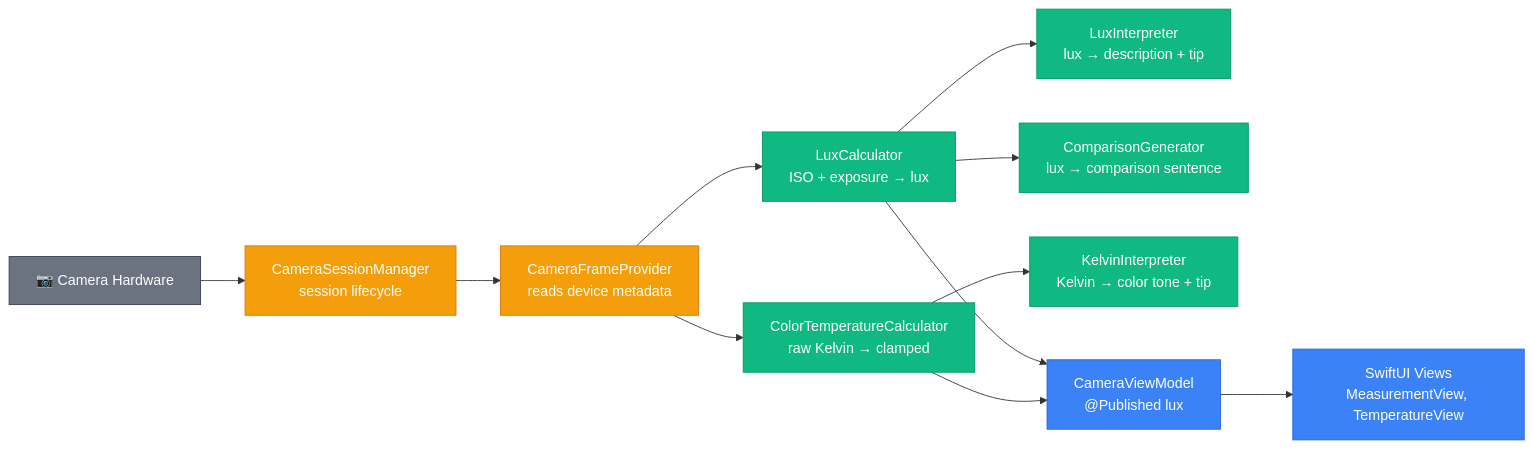
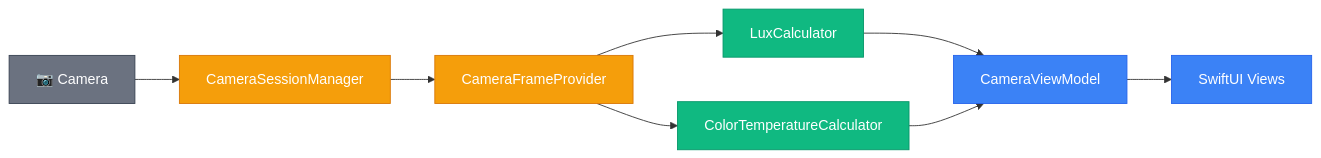
One commit to minho5889/light-meter changed the diagram in docs/developer-guide.md. Above: the diagram before and after it, drawn with Mermaid. The commit also changed other lines of this file and 4 other files, not shown here.

````diff
--- a/docs/developer-guide.md
+++ b/docs/developer-guide.md
@@ -220,29 +157,23 @@
 ```mermaid
 graph LR
-    CAM["📷 Camera Hardware"]
+    CAM["📷 Camera"]
+    CSM["CameraSessionManager"]
+    CFP["CameraFrameProvider"]
+    LC["LuxCalculator"]
+    CTC["ColorTemperatureCalculator"]
+    CVM["CameraViewModel"]
+    VIEWS["SwiftUI Views"]
 
-    CAM --> CSM["CameraSessionManager<br/>session lifecycle"]
-    CSM --> CFP["CameraFrameProvider<br/>reads device metadata"]
-
-    CFP --> LC["LuxCalculator<br/>ISO + exposure → lux"]
-    CFP --> CTC["ColorTemperatureCalculator<br/>raw Kelvin → clamped"]
-
-    LC --> LI["LuxInterpreter<br/>lux → description + tip"]
-    LC --> CG["ComparisonGenerator<br/>lux → comparison sentence"]
-    CTC --> KI["KelvinInterpreter<br/>Kelvin → color tone + tip"]
-
-    LC --> CVM["CameraViewModel<br/>@Published lux"]
-    CTC --> CVM
-    CVM --> VIEWS["SwiftUI Views<br/>MeasurementView, TemperatureView"]
+    CAM --> CSM --> CFP
+    CFP --> LC --> CVM
+    CFP --> CTC --> CVM
+    CVM --> VIEWS
 
     style CAM fill:#6b7280,stroke:#374151,color:#fff
     style CSM fill:#f59e0b,stroke:#d97706,color:#fff
     style CFP fill:#f59e0b,stroke:#d97706,color:#fff
     style LC fill:#10b981,stroke:#059669,color:#fff
     style CTC fill:#10b981,stroke:#059669,color:#fff
-    style LI fill:#10b981,stroke:#059669,color:#fff
-    style CG fill:#10b981,stroke:#059669,color:#fff
-    style KI fill:#10b981,stroke:#059669,color:#fff
     style CVM fill:#3b82f6,stroke:#2563eb,color:#fff
     style VIEWS fill:#3b82f6,stroke:#2563eb,color:#fff
 ```
````
